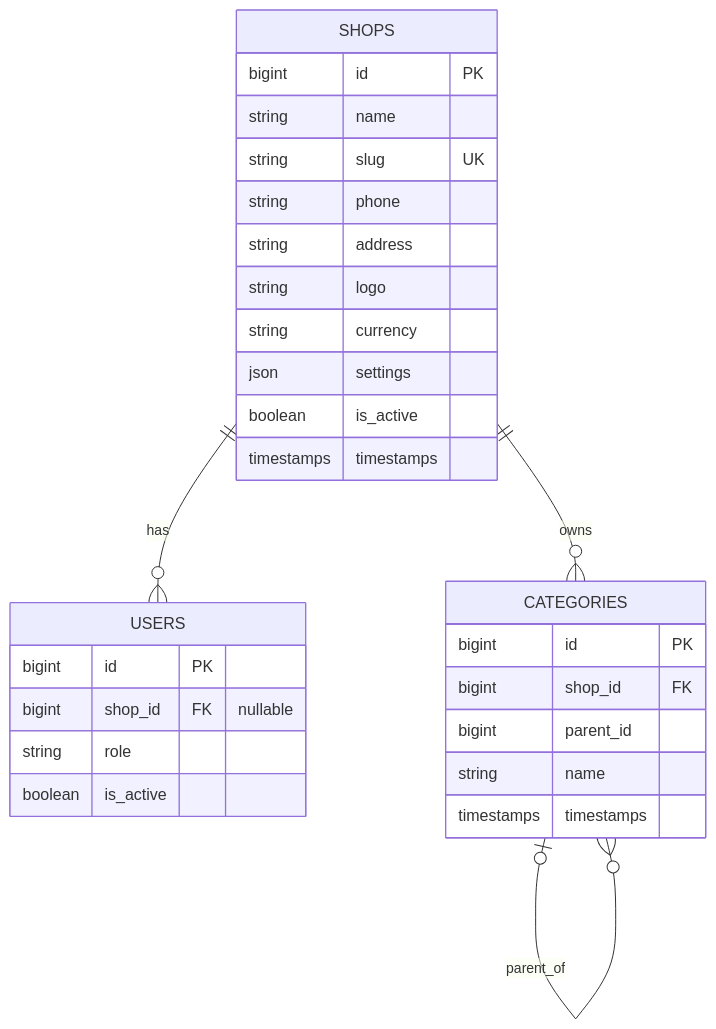
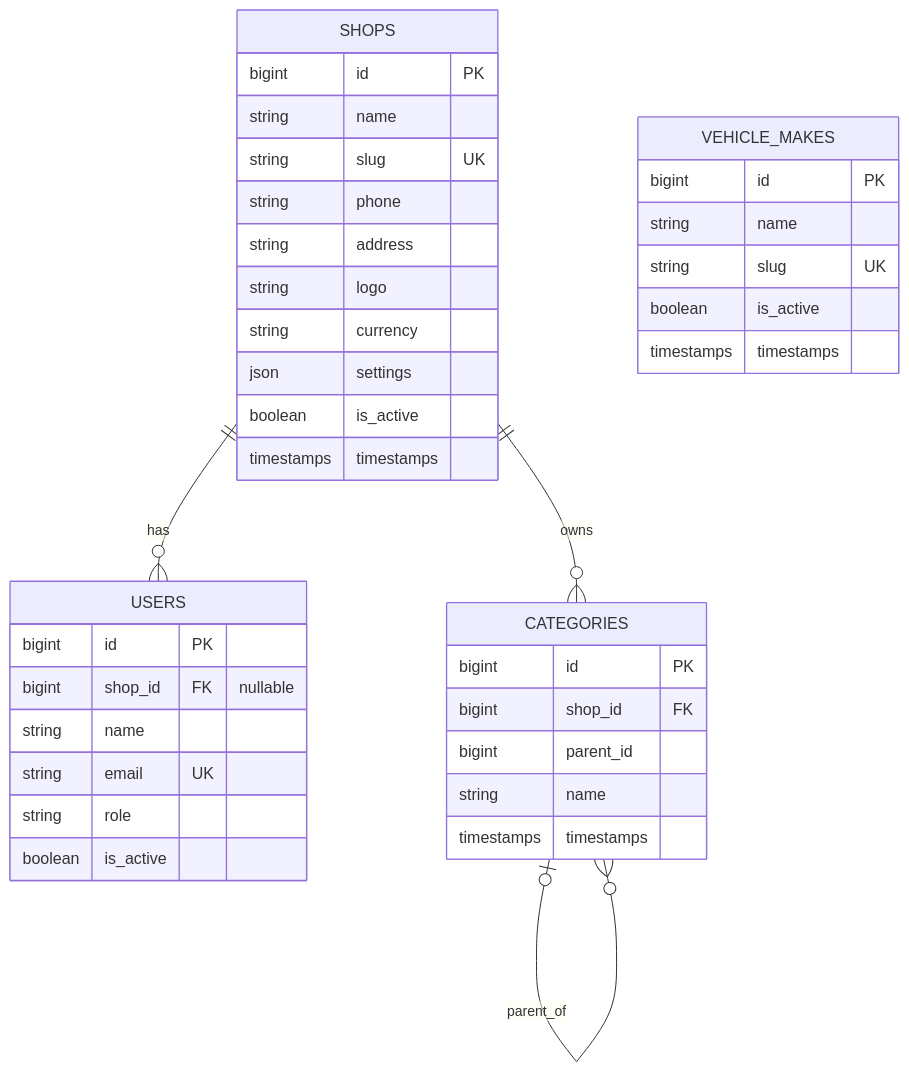
One commit to mahmoodmohamad/inventory-pos changed the first of 2 diagrams in docs/database-design.md. Above: the diagram before and after it, drawn with Mermaid. The commit also changed other lines of this file, not shown here.

````diff
--- a/docs/database-design.md
+++ b/docs/database-design.md
@@ -33,34 +37,44 @@
 ```mermaid
 erDiagram
     SHOPS ||--o{ USERS : has
     SHOPS ||--o{ CATEGORIES : owns
     CATEGORIES o|--o{ CATEGORIES : parent_of
 
     SHOPS {
         bigint id PK
         string name
         string slug UK
         string phone
         string address
         string logo
         string currency
         json settings
         boolean is_active
         timestamps timestamps
     }
 
     USERS {
         bigint id PK
         bigint shop_id FK "nullable"
+        string name
+        string email UK
         string role
         boolean is_active
     }
 
     CATEGORIES {
         bigint id PK
         bigint shop_id FK
         bigint parent_id
         string name
         timestamps timestamps
     }
+
+    VEHICLE_MAKES {
+        bigint id PK
+        string name
+        string slug UK
+        boolean is_active
+        timestamps timestamps
+    }
 ```
````
